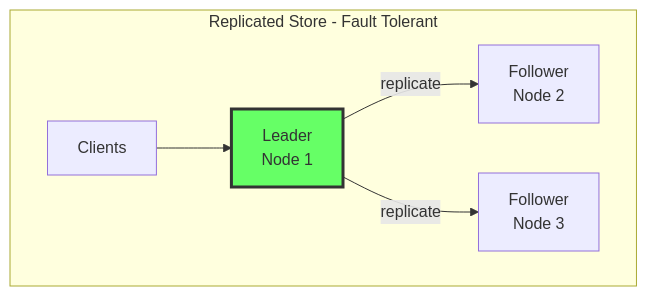
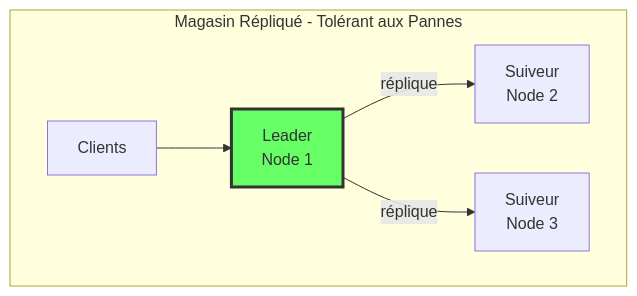
The second of 8 diagrams in src/data-store/06-replication.md (dardourimohamed/distributed-systems-course), drawn with Mermaid before and after one commit. The commit also changed other lines of this file and 38 other files, not shown here.

````diff
--- a/src/data-store/06-replication.md
+++ b/src/data-store/06-replication.md
@@ -30,17 +30,17 @@
 ```mermaid
 graph TB
-    subgraph "Replicated Store - Fault Tolerant"
+    subgraph "Magasin Répliqué - Tolérant aux Pannes"
         C[Clients]
 
         L[Leader<br/>Node 1]
 
-        F1[Follower<br/>Node 2]
-        F2[Follower<br/>Node 3]
+        F1[Suiveur<br/>Node 2]
+        F2[Suiveur<br/>Node 3]
 
         C --> L
-        L -->|"replicate"| F1
-        L -->|"replicate"| F2
+        L -->|"réplique"| F1
+        L -->|"réplique"| F2
     end
 
     style L fill:#6f6,stroke:#333,stroke-width:3px
 ```
````
